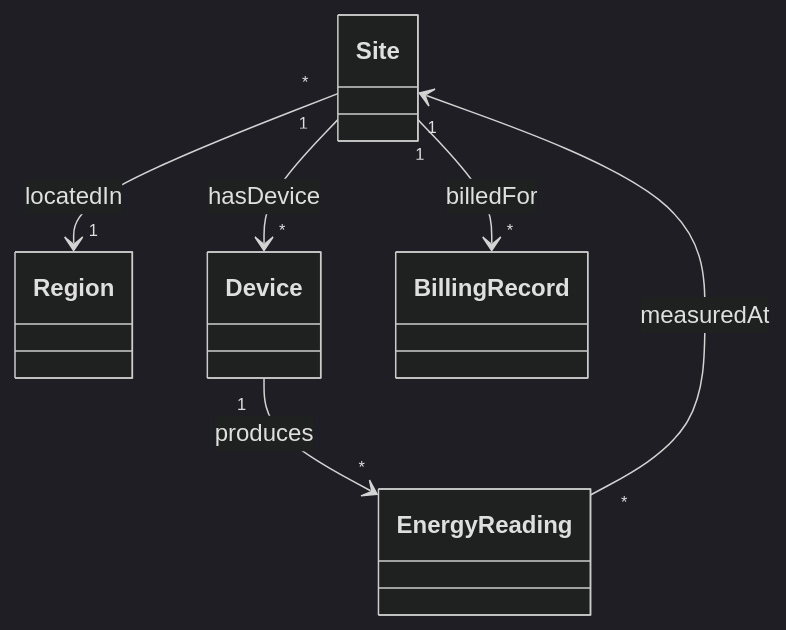
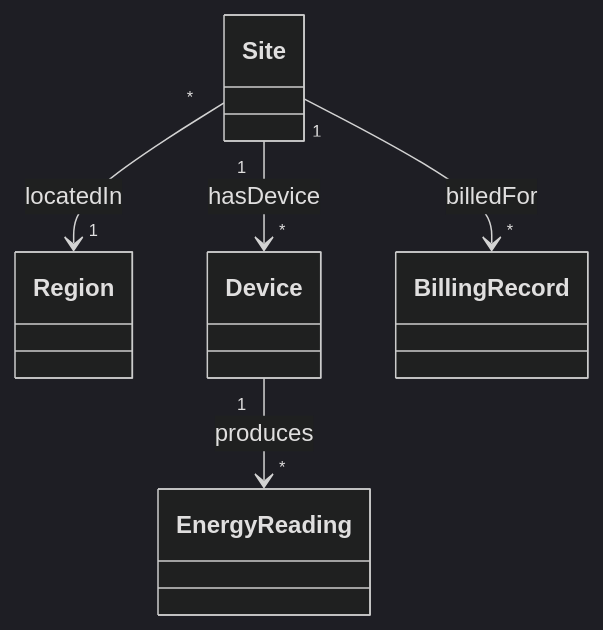
One commit to stpapaix/demo-ontology-energy changed the second of 2 diagrams in README.md. Above: the diagram before and after it, drawn with Mermaid (dark theme). The commit also changed other lines of this file and 6 other files, not shown here.

````diff
--- a/README.md
+++ b/README.md
@@ -144,13 +148,12 @@
 ```mermaid
 classDiagram
     class Region
     class Site
     class Device
     class EnergyReading
     class BillingRecord
     Site "*" --> "1" Region : locatedIn
     Site "1" --> "*" Device : hasDevice
     Device "1" --> "*" EnergyReading : produces
-    EnergyReading "*" --> "1" Site : measuredAt
     Site "1" --> "*" BillingRecord : billedFor
 ```
````
